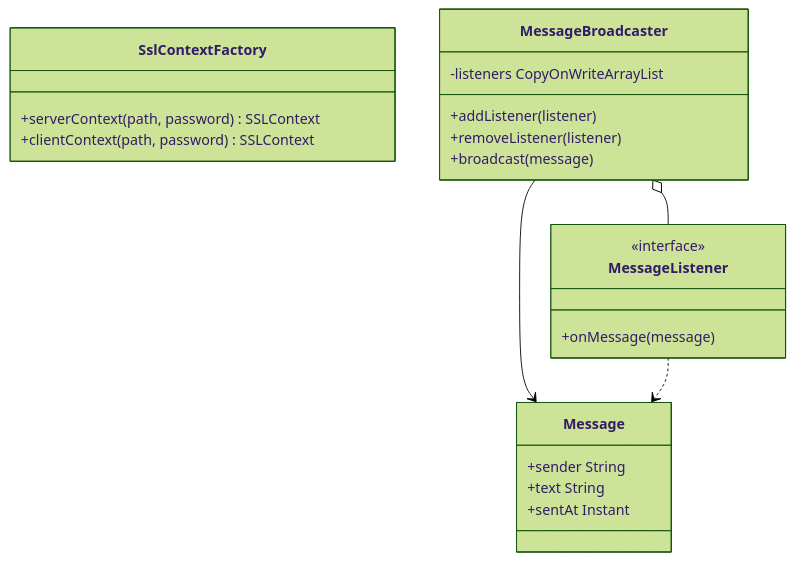
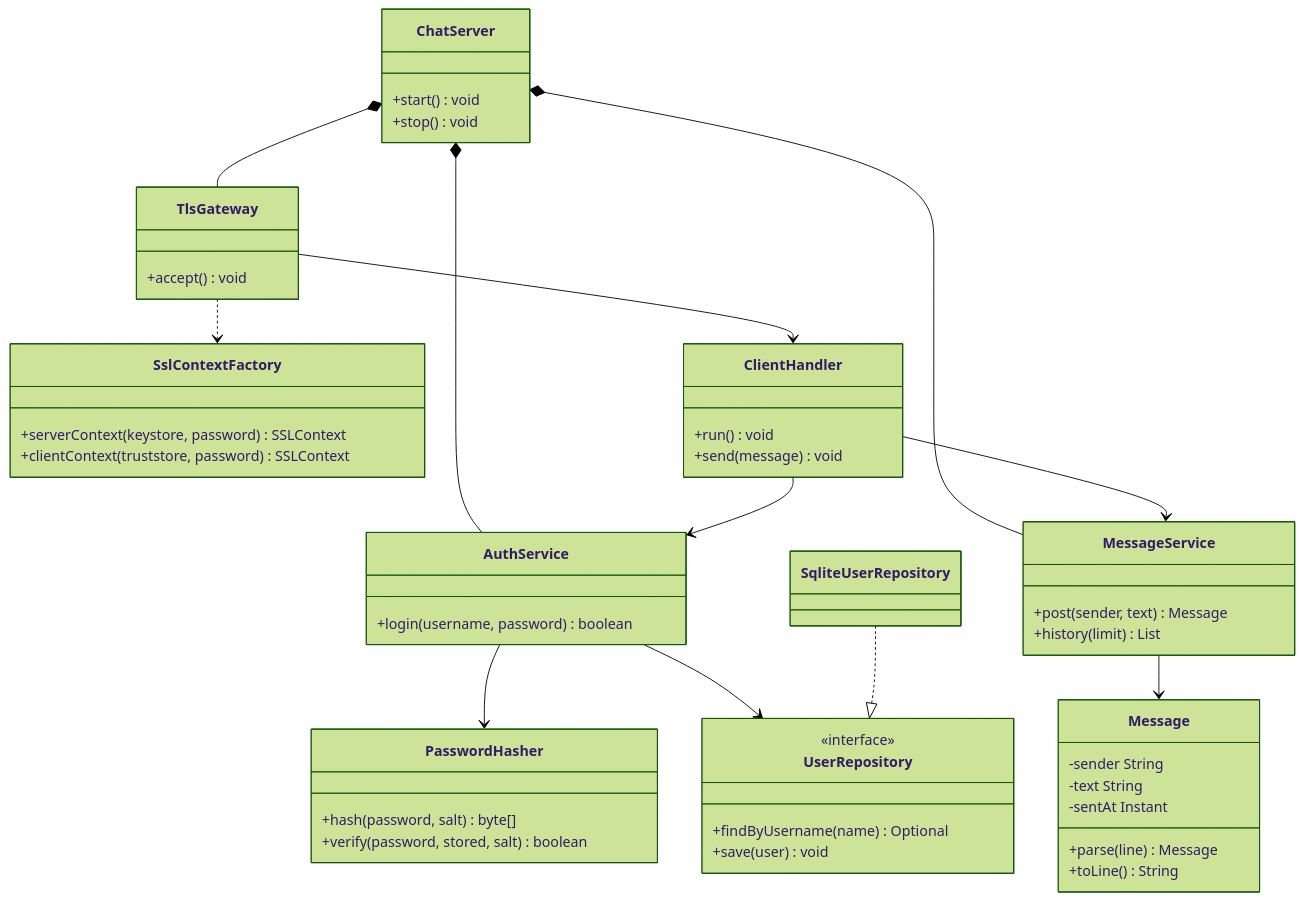
Before and after one commit to Zacklayr/TLS-chat: the second of 5 diagrams in README.md, drawn with Mermaid (forest theme). The commit also changed other lines of this file, not shown here.

````diff
--- a/README.md
+++ b/README.md
@@ -155,26 +155,54 @@
 ```mermaid
 classDiagram
+    class ChatServer {
+      +start() void
+      +stop() void
+    }
     class SslContextFactory {
-      +serverContext(path, password) SSLContext
-      +clientContext(path, password) SSLContext
+      +serverContext(keystore, password) SSLContext
+      +clientContext(truststore, password) SSLContext
     }
-    class MessageBroadcaster {
-      -listeners CopyOnWriteArrayList
-      +addListener(listener)
-      +removeListener(listener)
-      +broadcast(message)
+    class TlsGateway {
+      +accept() void
     }
-    class MessageListener {
-      <<interface>>
-      +onMessage(message)
+    class ClientHandler {
+      +run() void
+      +send(message) void
+    }
+    class AuthService {
+      +login(username, password) boolean
+    }
+    class PasswordHasher {
+      +hash(password, salt) byte[]
+      +verify(password, stored, salt) boolean
+    }
+    class MessageService {
+      +post(sender, text) Message
+      +history(limit) List
     }
     class Message {
-      +sender String
-      +text String
-      +sentAt Instant
+      -sender String
+      -text String
+      -sentAt Instant
+      +parse(line) Message
+      +toLine() String
     }
+    class UserRepository {
+      <<interface>>
+      +findByUsername(name) Optional
+      +save(user) void
+    }
+    class SqliteUserRepository
 
-    MessageBroadcaster o-- MessageListener
-    MessageBroadcaster --> Message
-    MessageListener ..> Message
+    ChatServer *-- TlsGateway
+    ChatServer *-- AuthService
+    ChatServer *-- MessageService
+    TlsGateway --> ClientHandler
+    TlsGateway ..> SslContextFactory
+    ClientHandler --> AuthService
+    ClientHandler --> MessageService
+    AuthService --> PasswordHasher
+    AuthService --> UserRepository
+    MessageService --> Message
+    SqliteUserRepository ..|> UserRepository
 ```
````
